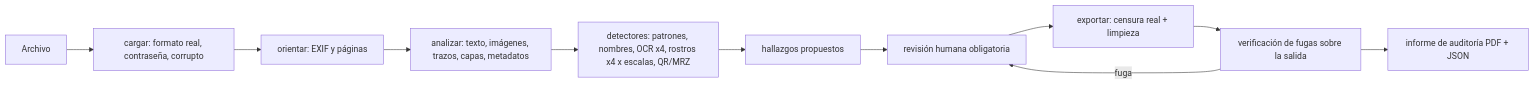
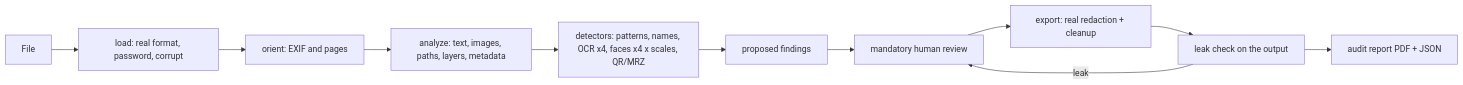
The diagram in PLAN.md (GonzaloFuentes1/light-anonymizer), drawn with Mermaid before and after one commit. The commit also changed other lines of this file and 120 other files, not shown here.

````diff
--- a/PLAN.md
+++ b/PLAN.md
@@ -144,13 +145,13 @@
 ```mermaid
 flowchart LR
-  A[Archivo] --> B[cargar: formato real, contraseña, corrupto]
-  B --> C[orientar: EXIF y páginas]
-  C --> D[analizar: texto, imágenes, trazos, capas, metadatos]
-  D --> E[detectores: patrones, nombres, OCR x4, rostros x4 x escalas, QR/MRZ]
-  E --> F[hallazgos propuestos]
-  F --> G[revisión humana obligatoria]
-  G --> H[exportar: censura real + limpieza]
-  H --> I[verificación de fugas sobre la salida]
-  I --> J[informe de auditoría PDF + JSON]
-  I -- fuga --> G
+  A[File] --> B[load: real format, password, corrupt]
+  B --> C[orient: EXIF and pages]
+  C --> D[analyze: text, images, paths, layers, metadata]
+  D --> E[detectors: patterns, names, OCR x4, faces x4 x scales, QR/MRZ]
+  E --> F[proposed findings]
+  F --> G[mandatory human review]
+  G --> H[export: real redaction + cleanup]
+  H --> I[leak check on the output]
+  I --> J[audit report PDF + JSON]
+  I -- leak --> G
 ```
````
